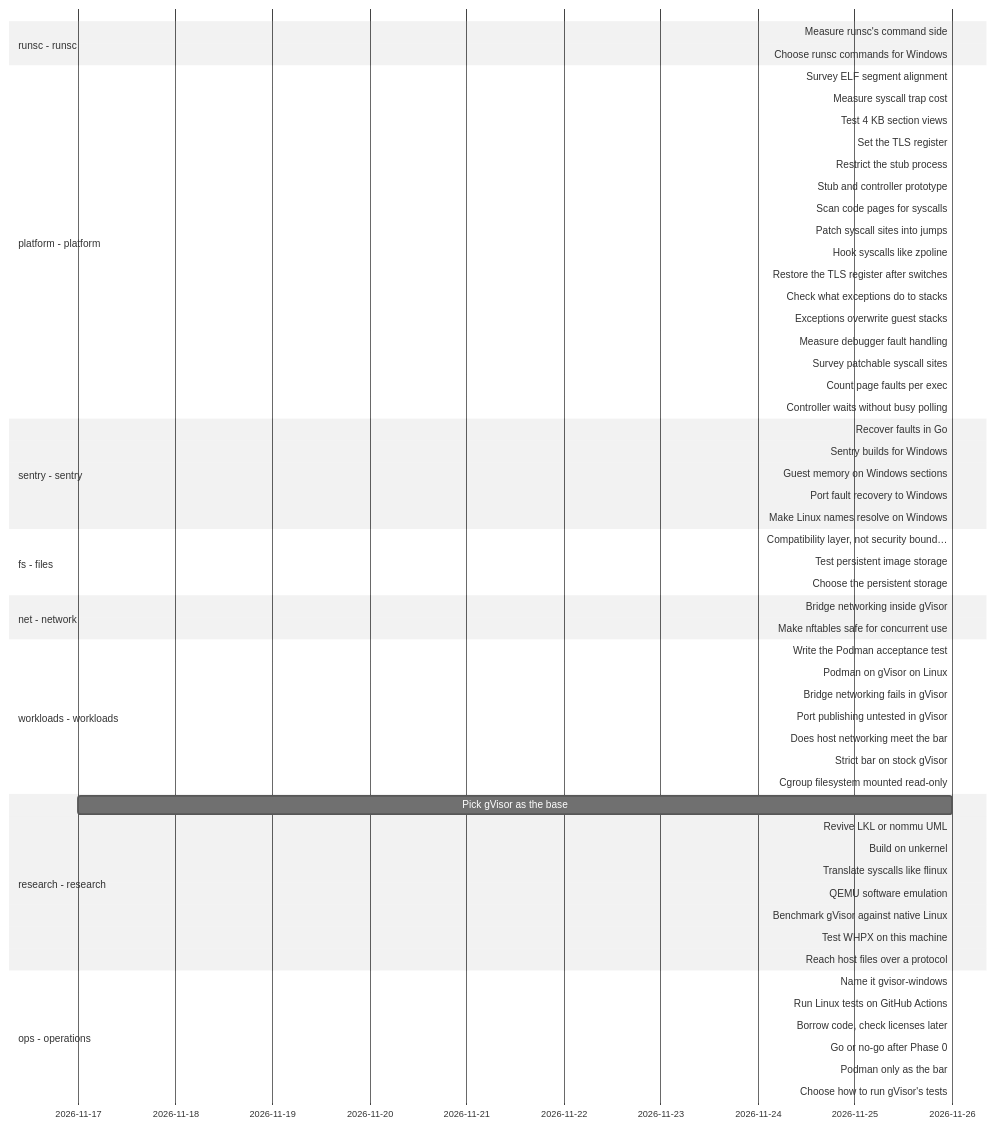
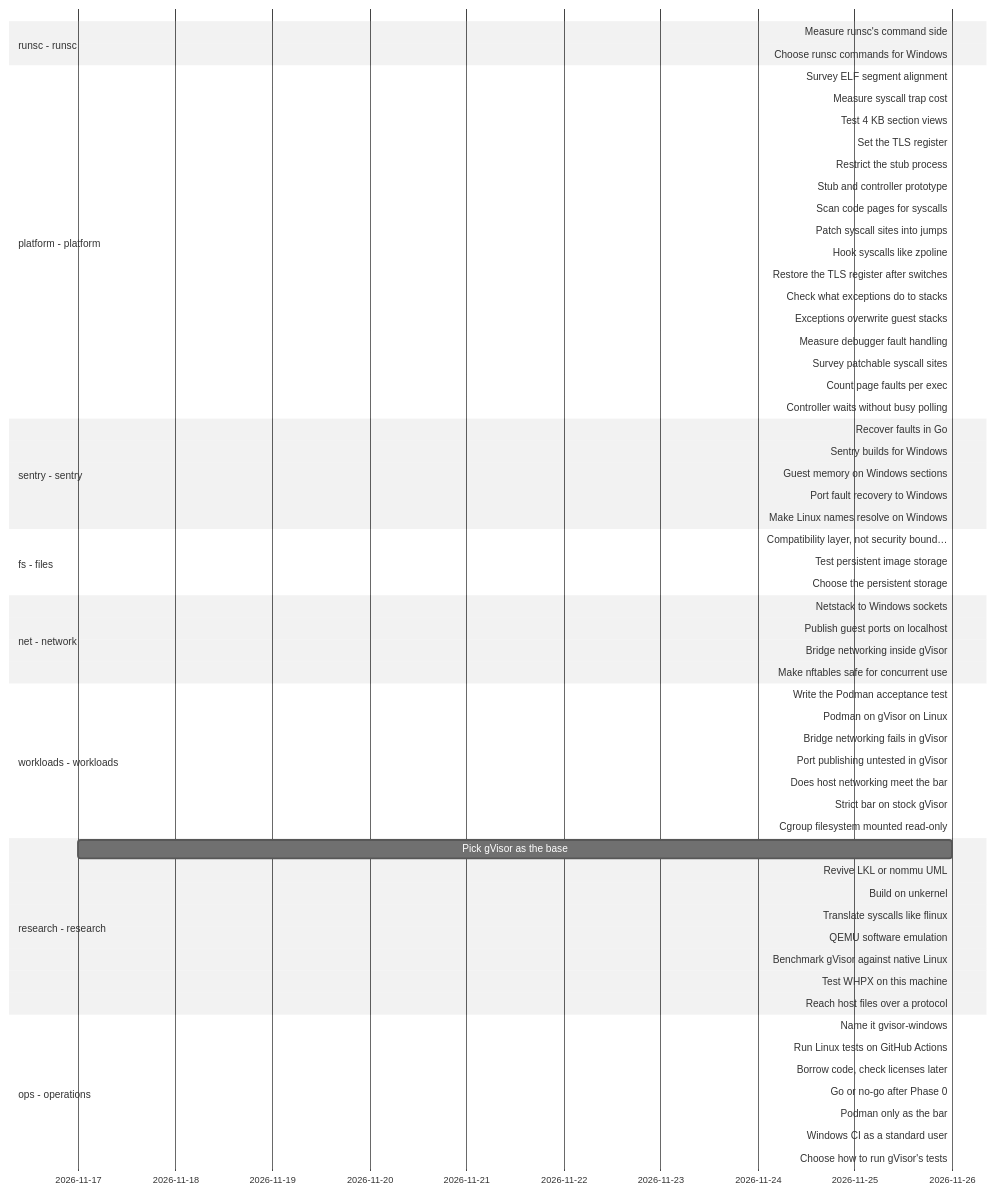
The diagram in docs/roadmap/timeline.md (lhns/gvisor-windows), drawn with Mermaid (neutral theme) before and after one commit. The commit also changed other lines of this file and 6 other files, not shown here.

Commit message:
Record the Windows network result (2), ADR 0014, roadmap nodes

````diff
--- a/docs/roadmap/timeline.md
+++ b/docs/roadmap/timeline.md
@@ -10,62 +10,65 @@
 ```mermaid
 gantt
     dateFormat YYYY-MM-DD
     axisFormat %Y-%m-%d
     section runsc - runsc
     Measure runsc's command side :runsc_measure_cli, 2026-11-26, 2026-11-26
     Choose runsc commands for Windows :runsc_windows_commands, 2026-11-26, 2026-11-26
     section platform - platform
     Survey ELF segment alignment :platform_elf_alignment_survey, 2026-11-26, 2026-11-26
     Measure syscall trap cost :platform_trap_cost, 2026-11-26, 2026-11-26
     Test 4 KB section views :platform_4k_section_views, 2026-11-26, 2026-11-26
     Set the TLS register :platform_tls_register, 2026-11-26, 2026-11-26
     Restrict the stub process :platform_restricted_stub, 2026-11-26, 2026-11-26
     Stub and controller prototype :platform_stub_controller, 2026-11-26, 2026-11-26
     Scan code pages for syscalls :platform_page_verification, 2026-11-26, 2026-11-26
     Patch syscall sites into jumps :platform_syscall_fast_path, 2026-11-26, 2026-11-26
     Hook syscalls like zpoline :crit, platform_zpoline_hooks, 2026-11-26, 2026-11-26
     Restore the TLS register after switches :platform_fs_base_repair, 2026-11-26, 2026-11-26
     Check what exceptions do to stacks :platform_exception_stack, 2026-11-26, 2026-11-26
     Exceptions overwrite guest stacks :platform_veh_on_guest_stack_unsafe, 2026-11-26, 2026-11-26
     Measure debugger fault handling :platform_debug_event_cost, 2026-11-26, 2026-11-26
     Survey patchable syscall sites :platform_syscall_site_survey, 2026-11-26, 2026-11-26
     Count page faults per exec :platform_faults_per_exec, 2026-11-26, 2026-11-26
     Controller waits without busy polling :platform_controller_wakeups, 2026-11-26, 2026-11-26
     section sentry - sentry
     Recover faults in Go :sentry_go_fault_recovery, 2026-11-26, 2026-11-26
     Sentry builds for Windows :sentry_windows_build, 2026-11-26, 2026-11-26
     Guest memory on Windows sections :active, sentry_memory_file_sections, 2026-11-26, 2026-11-26
     Port fault recovery to Windows :sentry_fault_recovery, 2026-11-26, 2026-11-26
     Make Linux names resolve on Windows :sentry_unix_shim, 2026-11-26, 2026-11-26
     section fs - files
     Compatibility layer, not security bound… :fs_compat_layer_not_boundary, 2026-11-26, 2026-11-26
     Test persistent image storage :fs_persistent_image_storage, 2026-11-26, 2026-11-26
     Choose the persistent storage :fs_persistent_storage_choice, 2026-11-26, 2026-11-26
     section net - network
+    Netstack to Windows sockets :net_netstack_windows_link, 2026-11-26, 2026-11-26
+    Publish guest ports on localhost :net_port_forwarding, 2026-11-26, 2026-11-26
     Bridge networking inside gVisor :net_bridge_networking, 2026-11-26, 2026-11-26
     Make nftables safe for concurrent use :net_nftables_thread_safety, 2026-11-26, 2026-11-26
     section workloads - workloads
     Write the Podman acceptance test :workloads_acceptance_test, 2026-11-26, 2026-11-26
     Podman on gVisor on Linux :workloads_podman_on_gvisor_linux, 2026-11-26, 2026-11-26
     Bridge networking fails in gVisor :workloads_gvisor_bridge_netlink, 2026-11-26, 2026-11-26
     Port publishing untested in gVisor :workloads_gvisor_port_publishing, 2026-11-26, 2026-11-26
     Does host networking meet the bar :workloads_bar_host_network, 2026-11-26, 2026-11-26
     Strict bar on stock gVisor :workloads_strict_bar_linux, 2026-11-26, 2026-11-26
     Cgroup filesystem mounted read-only :workloads_gvisor_cgroupfs_readonly, 2026-11-26, 2026-11-26
     section research - research
     Pick gVisor as the base :research_gvisor_base, 2026-11-17, 2026-11-26
     Revive LKL or nommu UML :crit, research_lkl_nommu, 2026-11-26, 2026-11-26
     Build on unkernel :crit, research_unkernel, 2026-11-26, 2026-11-26
     Translate syscalls like flinux :crit, research_flinux_translation, 2026-11-26, 2026-11-26
     QEMU software emulation :crit, research_qemu_emulation, 2026-11-26, 2026-11-26
     Benchmark gVisor against native Linux :research_gvisor_benchmark, 2026-11-26, 2026-11-26
     Test WHPX on this machine :crit, research_whpx_this_machine, 2026-11-26, 2026-11-26
     Reach host files over a protocol :crit, research_file_protocol, 2026-11-26, 2026-11-26
     section ops - operations
     Name it gvisor-windows :ops_name_and_fork, 2026-11-26, 2026-11-26
     Run Linux tests on GitHub Actions :ops_linux_tests_on_actions, 2026-11-26, 2026-11-26
     Borrow code, check licenses later :ops_borrow_code, 2026-11-26, 2026-11-26
     Go or no-go after Phase 0 :ops_phase0_go_no_go, 2026-11-26, 2026-11-26
     Podman only as the bar :ops_podman_only_the_bar, 2026-11-26, 2026-11-26
+    Windows CI as a standard user :ops_windows_ci_standard_user, 2026-11-26, 2026-11-26
     Choose how to run gVisor's tests :ops_syscall_test_strategy, 2026-11-26, 2026-11-26
 ```
````
